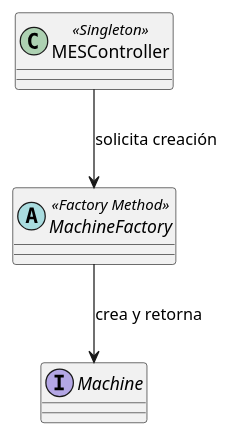
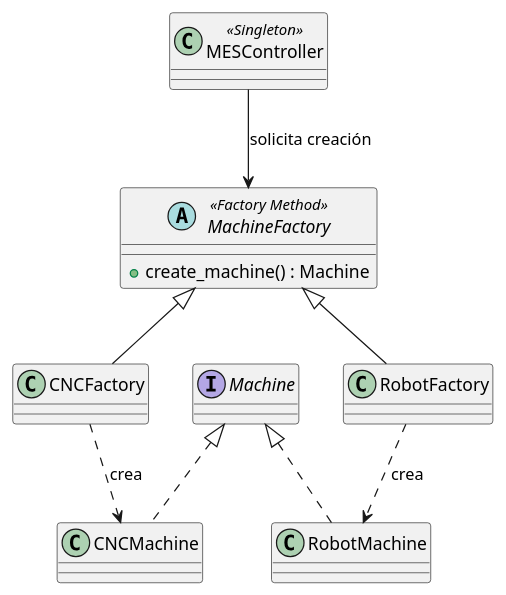
Before and after one commit to Zhulgon/Sistema_Control_Produccion_PSftware: the diagram in Patrones/docs/diagrams/overview.puml, drawn with PlantUML. The commit also changed 1 other file, not shown here.

```diff
--- a/Patrones/docs/diagrams/overview.puml
+++ b/Patrones/docs/diagrams/overview.puml
@@ -1,8 +1,32 @@
 @startuml
+
 class MESController <<Singleton>>
-abstract class MachineFactory <<Factory Method>>
+
+abstract class MachineFactory <<Factory Method>> {
+  + create_machine() : Machine
+}
+
 interface Machine
 
+class CNCFactory
+class RobotFactory
+
+class CNCMachine
+class RobotMachine
+
+' Relaciones Singleton
 MESController --> MachineFactory : solicita creación
-MachineFactory --> Machine : crea y retorna
+
+' Herencia Factory
+MachineFactory <|-- CNCFactory
+MachineFactory <|-- RobotFactory
+
+' Producto
+Machine <|.. CNCMachine
+Machine <|.. RobotMachine
+
+' Creación concreta
+CNCFactory ..> CNCMachine : crea
+RobotFactory ..> RobotMachine : crea
+
 @enduml
```
